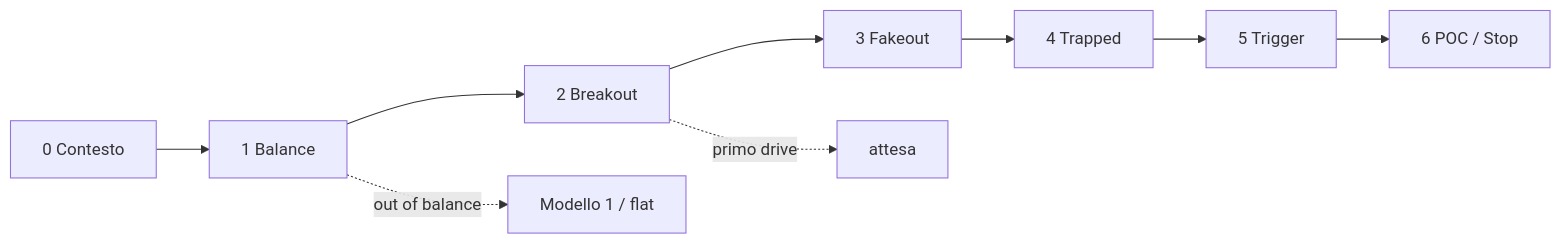
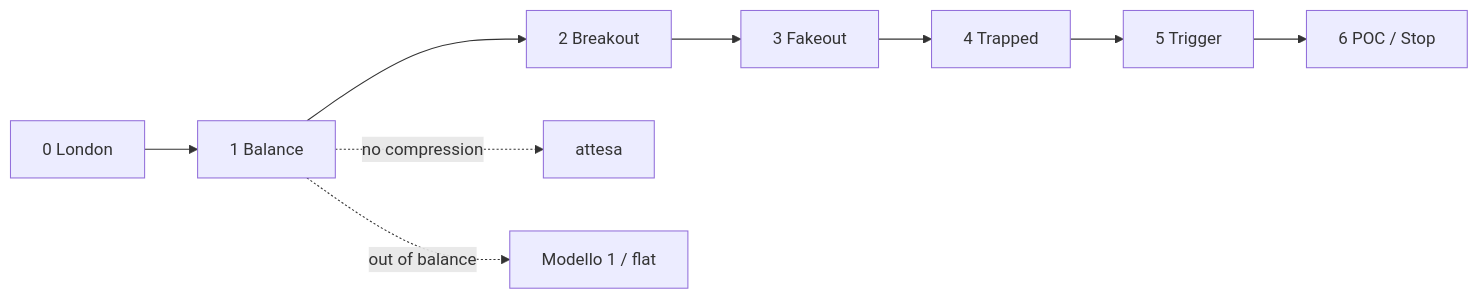
One commit to manumastro/orderflow-atas changed the diagram in Trading LIVE with the #1 Scalper in the WORLD (EXTREME Accuracy)/Modello-2-MeanReversion/FabioMeanReversion.md. Above: the diagram before and after it, drawn with Mermaid. The commit also changed other lines of this file, not shown here.

Commit message:
docs(modello-2): Step 1 balance fedele a Fabio, metodo e correzione spec

````diff
--- a/Trading LIVE with the #1 Scalper in the WORLD (EXTREME Accuracy)/Modello-2-MeanReversion/FabioMeanReversion.md
+++ b/Trading LIVE with the #1 Scalper in the WORLD (EXTREME Accuracy)/Modello-2-MeanReversion/FabioMeanReversion.md
@@ -34,11 +125,11 @@
 ```mermaid
 flowchart LR
-  S0[0 Contesto] --> S1[1 Balance]
+  S0[0 London] --> S1[1 Balance]
   S1 --> S2[2 Breakout]
   S2 --> S3[3 Fakeout]
   S3 --> S4[4 Trapped]
   S4 --> S5[5 Trigger]
   S5 --> S6[6 POC / Stop]
+  S1 -.->|no compression| W[attesa]
   S1 -.->|out of balance| X[Modello 1 / flat]
-  S2 -.->|primo drive| W[attesa]
 ```
````
